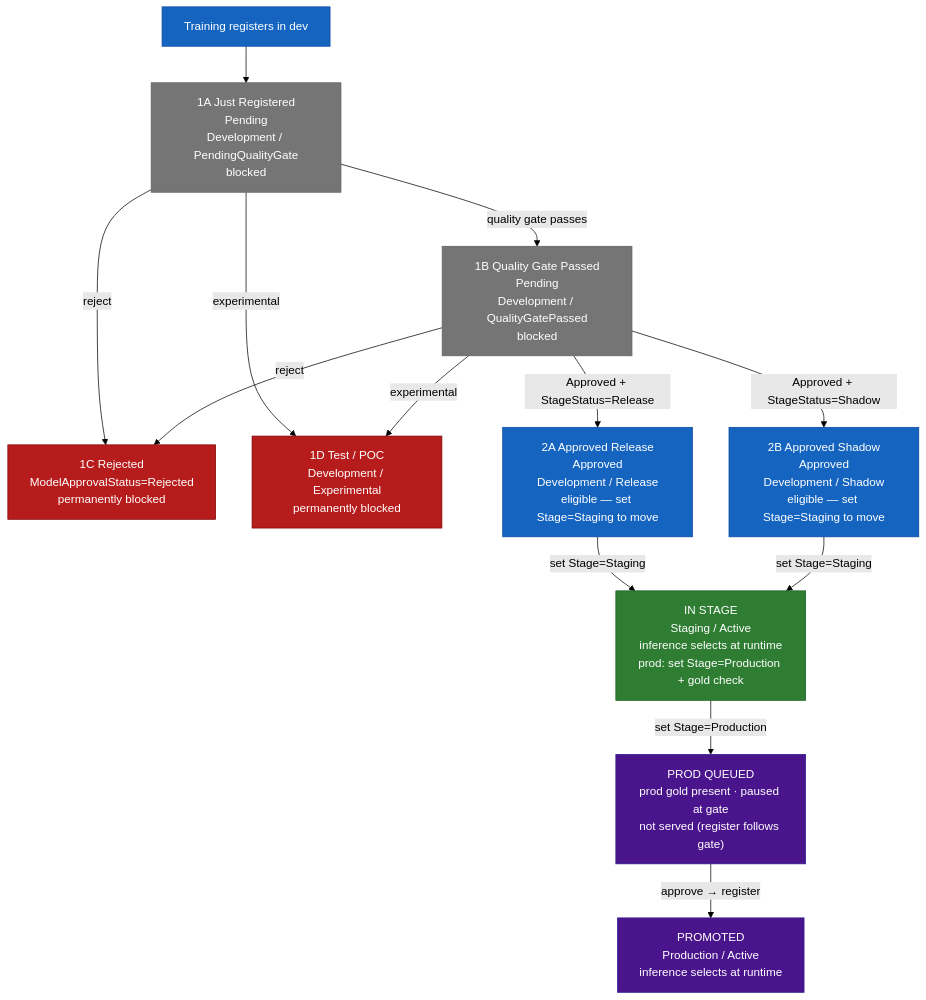
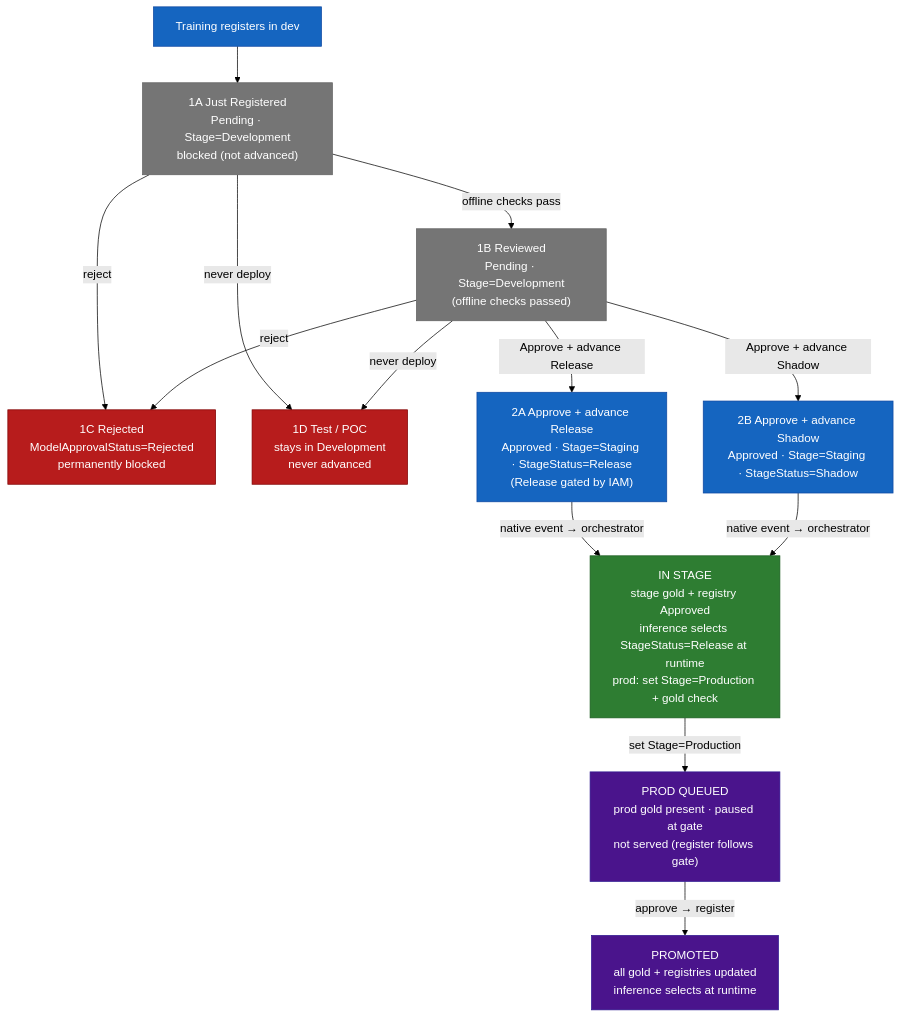
Before and after one commit to schilker/public: the fourth of 6 diagrams in test.md, drawn with Mermaid (forest theme). The commit also changed other lines of this file, not shown here.

````diff
--- a/test.md
+++ b/test.md
@@ -389,39 +391,39 @@
 ```mermaid
 flowchart TD
     classDef blocked fill:#757575,stroke:#616161,color:#fff
     classDef dead    fill:#b71c1c,stroke:#7f0000,color:#fff
     classDef auto    fill:#1565c0,stroke:#0d47a1,color:#fff
     classDef stage   fill:#2e7d32,stroke:#1b5e20,color:#fff
     classDef prod    fill:#4a148c,stroke:#311b92,color:#fff
 
     TRAIN["Training registers in dev"]
-    S1A["1A Just Registered\nPending\nDevelopment / PendingQualityGate\nblocked"]
-    S1B["1B Quality Gate Passed\nPending\nDevelopment / QualityGatePassed\nblocked"]
+    S1A["1A Just Registered\nPending · Stage=Development\nblocked (not advanced)"]
+    S1B["1B Reviewed\nPending · Stage=Development\n(offline checks passed)"]
     S1C["1C Rejected\nModelApprovalStatus=Rejected\npermanently blocked"]
-    S1D["1D Test / POC\nDevelopment / Experimental\npermanently blocked"]
-    S2A["2A Approved Release\nApproved\nDevelopment / Release\neligible — set Stage=Staging to move"]
-    S2B["2B Approved Shadow\nApproved\nDevelopment / Shadow\neligible — set Stage=Staging to move"]
-    STAGE["IN STAGE\nStaging / Active\ninference selects at runtime\nprod: set Stage=Production + gold check"]
+    S1D["1D Test / POC\nstays in Development\nnever advanced"]
+    S2A["2A Approve + advance Release\nApproved · Stage=Staging · StageStatus=Release\n(Release gated by IAM)"]
+    S2B["2B Approve + advance Shadow\nApproved · Stage=Staging · StageStatus=Shadow"]
+    STAGE["IN STAGE\nstage gold + registry Approved\ninference selects StageStatus=Release at runtime\nprod: set Stage=Production + gold check"]
     PRODQ["PROD QUEUED\nprod gold present · paused at gate\nnot served (register follows gate)"]
-    PROD["PROMOTED\nProduction / Active\ninference selects at runtime"]
+    PROD["PROMOTED\nall gold + registries updated\ninference selects at runtime"]
 
     TRAIN --> S1A
-    S1A -->|"quality gate passes"| S1B
+    S1A -->|"offline checks pass"| S1B
     S1A -->|"reject"| S1C
-    S1A -->|"experimental"| S1D
-    S1B -->|"Approved + StageStatus=Release"| S2A
-    S1B -->|"Approved + StageStatus=Shadow"| S2B
+    S1A -->|"never deploy"| S1D
+    S1B -->|"Approve + advance Release"| S2A
+    S1B -->|"Approve + advance Shadow"| S2B
     S1B -->|"reject"| S1C
-    S1B -->|"experimental"| S1D
-    S2A -->|"set Stage=Staging"| STAGE
-    S2B -->|"set Stage=Staging"| STAGE
+    S1B -->|"never deploy"| S1D
+    S2A -->|"native event → orchestrator"| STAGE
+    S2B -->|"native event → orchestrator"| STAGE
     STAGE -->|"set Stage=Production"| PRODQ
     PRODQ -->|"approve → register"| PROD
 
     class S1A,S1B blocked
     class S1C,S1D dead
     class S2A,S2B auto
     class STAGE stage
     class PRODQ,PROD prod
     class TRAIN auto
 ```
````
